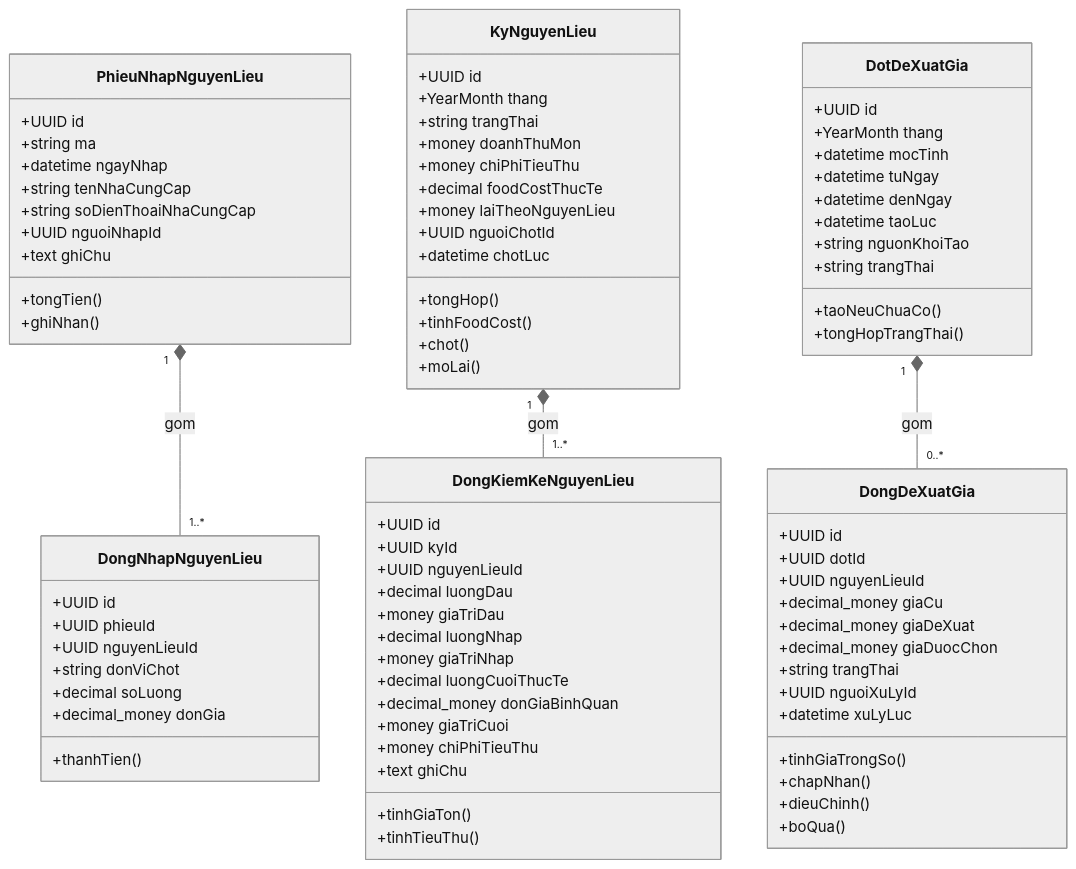
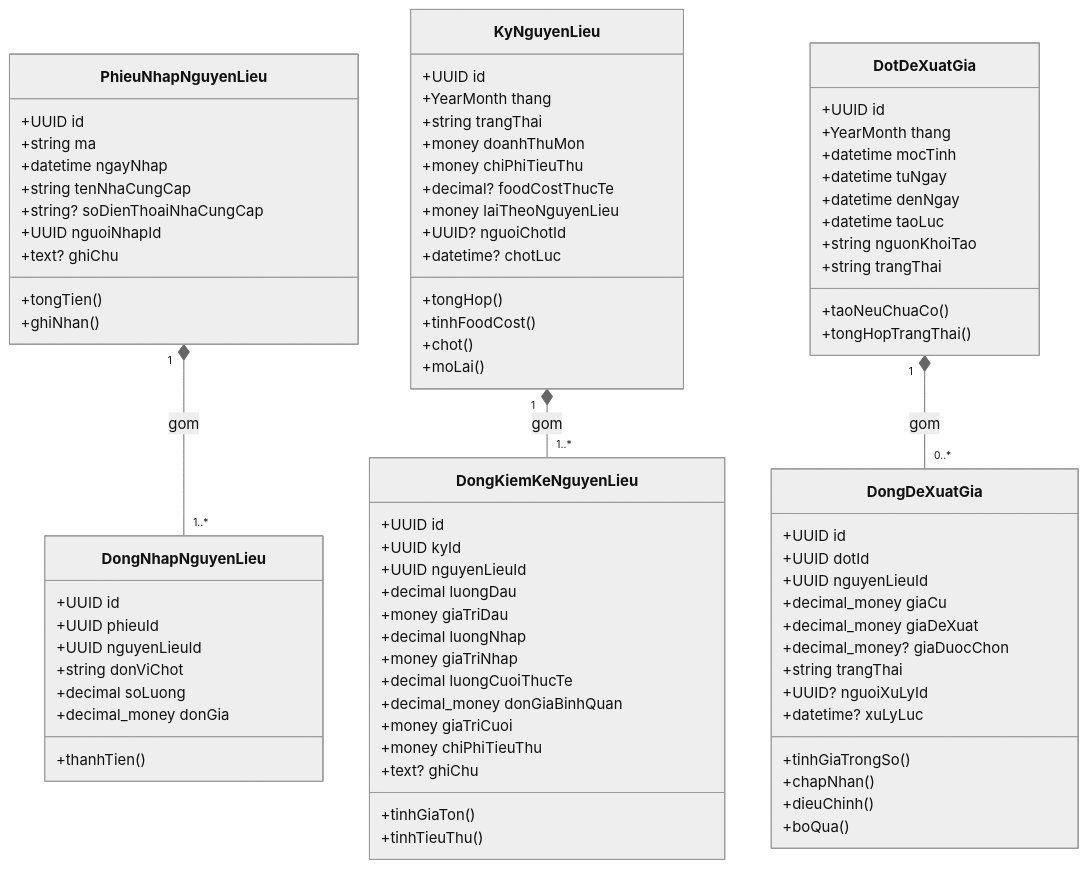
One commit to mastercookvn/mastercookvn changed the sixth of 9 diagrams in docs/src/diagrams/class.md. Above: the diagram before and after it, drawn with Mermaid (neutral theme). The commit also changed other lines of this file and 19 other files, not shown here.

```diff
--- a/docs/src/diagrams/class.md
+++ b/docs/src/diagrams/class.md
@@ -657,9 +620,9 @@
         +string ma
         +datetime ngayNhap
         +string tenNhaCungCap
-        +string soDienThoaiNhaCungCap
+        +string? soDienThoaiNhaCungCap
         +UUID nguoiNhapId
-        +text ghiChu
+        +text? ghiChu
         +tongTien()
         +ghiNhan()
     }
@@ -680,10 +643,10 @@
         +string trangThai
         +money doanhThuMon
         +money chiPhiTieuThu
-        +decimal foodCostThucTe
+        +decimal? foodCostThucTe
         +money laiTheoNguyenLieu
-        +UUID nguoiChotId
-        +datetime chotLuc
+        +UUID? nguoiChotId
+        +datetime? chotLuc
         +tongHop()
         +tinhFoodCost()
         +chot()
@@ -702,7 +665,7 @@
         +decimal_money donGiaBinhQuan
         +money giaTriCuoi
         +money chiPhiTieuThu
-        +text ghiChu
+        +text? ghiChu
         +tinhGiaTon()
         +tinhTieuThu()
     }
@@ -726,10 +689,10 @@
         +UUID nguyenLieuId
         +decimal_money giaCu
         +decimal_money giaDeXuat
-        +decimal_money giaDuocChon
+        +decimal_money? giaDuocChon
         +string trangThai
-        +UUID nguoiXuLyId
-        +datetime xuLyLuc
+        +UUID? nguoiXuLyId
+        +datetime? xuLyLuc
         +tinhGiaTrongSo()
         +chapNhan()
         +dieuChinh()
```
